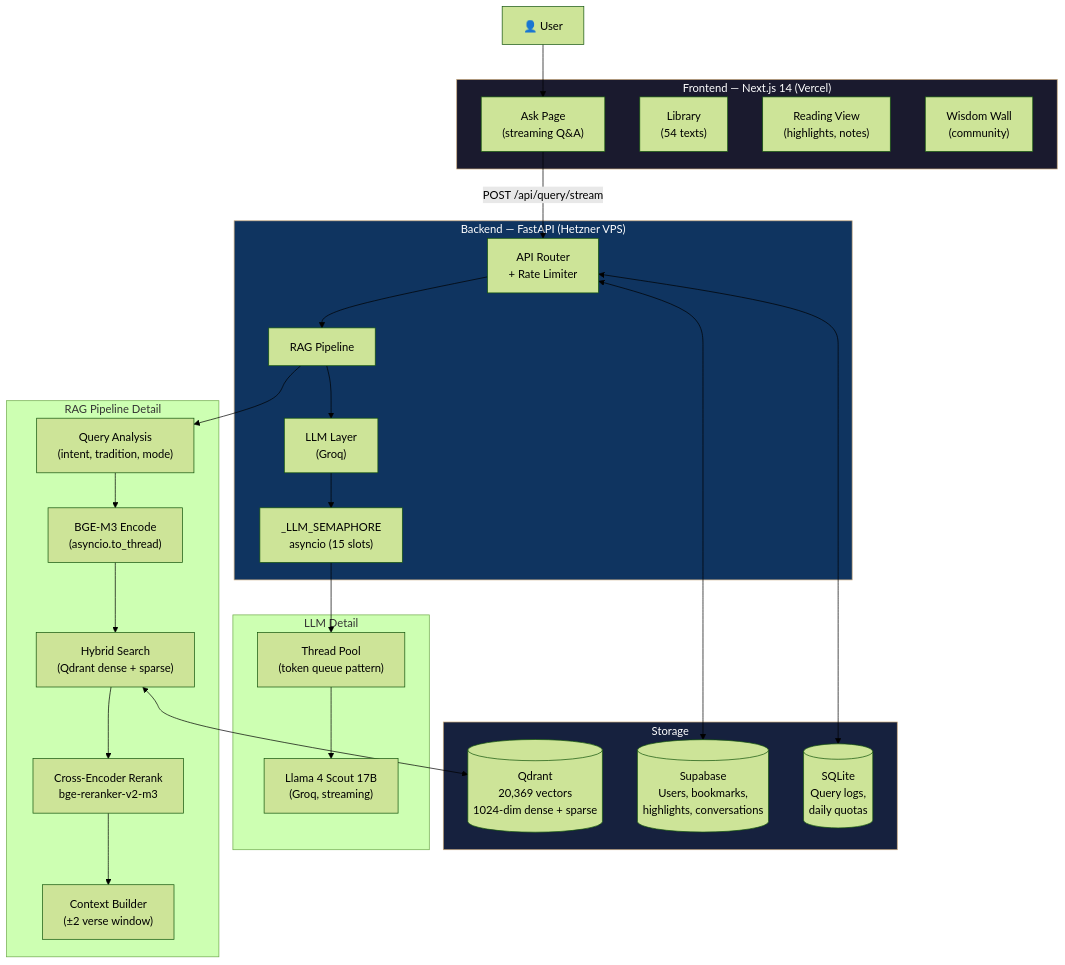
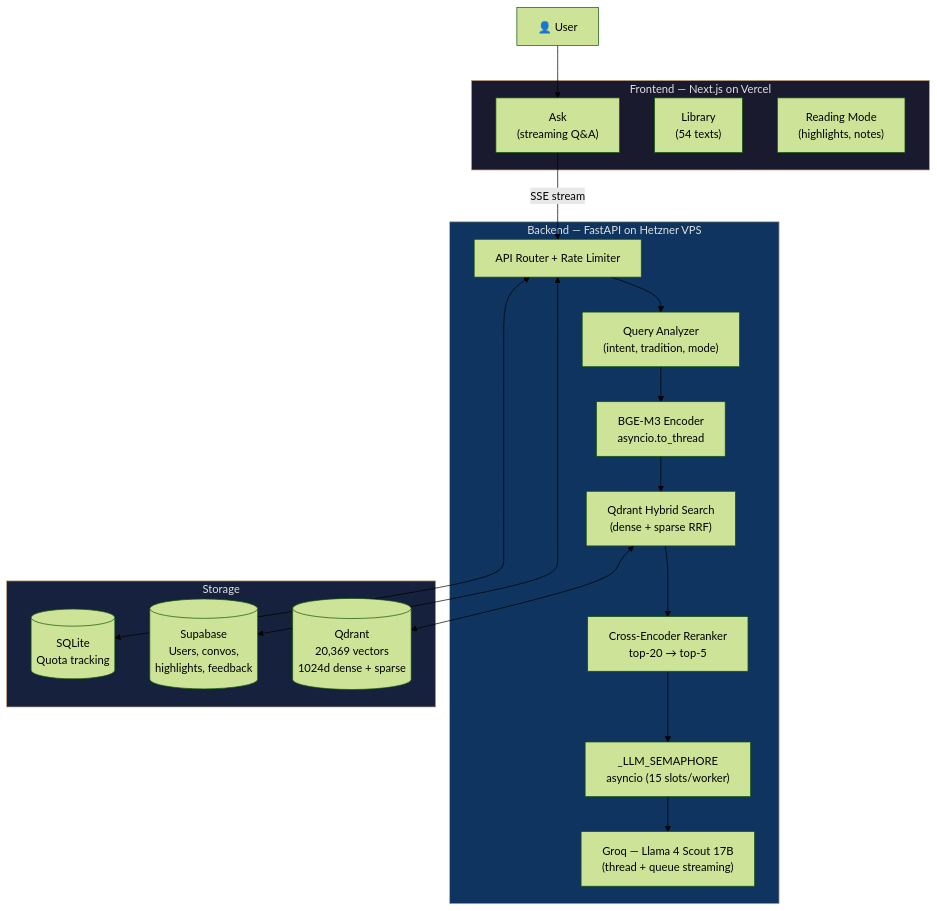
One commit to sharanharsoor/antardarshan changed the first of 4 diagrams in ENGINEERING.md. Above: the diagram before and after it, drawn with Mermaid (forest theme). The commit also changed other lines of this file and 6 other files, not shown here.

````diff
--- a/ENGINEERING.md
+++ b/ENGINEERING.md
@@ -24,51 +46,38 @@
 ```mermaid
 graph TB
     User["👤 User"]
 
-    subgraph Frontend["Frontend — Next.js 14 (Vercel)"]
-        Ask["Ask Page<br/>(streaming Q&A)"]
+    subgraph Frontend["Frontend — Next.js on Vercel"]
+        Ask["Ask<br/>(streaming Q&A)"]
         Library["Library<br/>(54 texts)"]
-        Reader["Reading View<br/>(highlights, notes)"]
-        Wisdom["Wisdom Wall<br/>(community)"]
+        Reader["Reading Mode<br/>(highlights, notes)"]
     end
 
-    subgraph Backend["Backend — FastAPI (Hetzner VPS)"]
-        Router["API Router<br/>+ Rate Limiter"]
-        RAG["RAG Pipeline"]
-        LLM["LLM Layer<br/>(Groq)"]
-        Semaphore["_LLM_SEMAPHORE<br/>asyncio (15 slots)"]
-    end
-
-    subgraph RAGPipeline["RAG Pipeline Detail"]
-        QA["Query Analysis<br/>(intent, tradition, mode)"]
-        Embed["BGE-M3 Encode<br/>(asyncio.to_thread)"]
-        Search["Hybrid Search<br/>(Qdrant dense + sparse)"]
-        Rerank["Cross-Encoder Rerank<br/>bge-reranker-v2-m3"]
-        Context["Context Builder<br/>(±2 verse window)"]
+    subgraph Backend["Backend — FastAPI on Hetzner VPS"]
+        Router["API Router + Rate Limiter"]
+        QA["Query Analyzer<br/>(intent, tradition, mode)"]
+        Embed["BGE-M3 Encoder<br/>asyncio.to_thread"]
+        Search["Qdrant Hybrid Search<br/>(dense + sparse RRF)"]
+        Rerank["Cross-Encoder Reranker<br/>top-20 → top-5"]
+        Semaphore["_LLM_SEMAPHORE<br/>asyncio (15 slots/worker)"]
+        LLM["Groq — Llama 4 Scout 17B<br/>(thread + queue streaming)"]
     end
 
     subgraph Storage["Storage"]
-        Qdrant[("Qdrant<br/>20,369 vectors<br/>1024-dim dense + sparse")]
-        Supabase[("Supabase<br/>Users, bookmarks,<br/>highlights, conversations")]
-        SQLite[("SQLite<br/>Query logs,<br/>daily quotas")]
-    end
-
-    subgraph LLMLayer["LLM Detail"]
-        Scout["Llama 4 Scout 17B<br/>(Groq, streaming)"]
-        Thread["Thread Pool<br/>(token queue pattern)"]
+        Qdrant[("Qdrant<br/>20,369 vectors<br/>1024d dense + sparse")]
+        Supabase[("Supabase<br/>Users, convos,<br/>highlights, feedback")]
+        SQLite[("SQLite<br/>Quota tracking")]
     end
 
     User --> Ask
-    Ask -->|"POST /api/query/stream"| Router
-    Router --> RAG
-    RAG --> QA --> Embed --> Search --> Rerank --> Context
+    Ask -->|"SSE stream"| Router
+    Router --> QA --> Embed --> Search --> Rerank
     Search <--> Qdrant
-    RAG --> LLM
-    LLM --> Semaphore --> Thread --> Scout
+    Rerank --> Semaphore --> LLM
     Router <--> Supabase
     Router <--> SQLite
 
-    style Frontend fill:#1a1a2e,stroke:#c8a97e,color:#fff
-    style Backend fill:#0f3460,stroke:#c8a97e,color:#fff
-    style Storage fill:#16213e,stroke:#c8a97e,color:#fff
+    style Frontend fill:#1a1a2e,stroke:#c8a97e,color:#e0e0e0
+    style Backend fill:#0f3460,stroke:#c8a97e,color:#e0e0e0
+    style Storage fill:#16213e,stroke:#c8a97e,color:#e0e0e0
 ```
````
